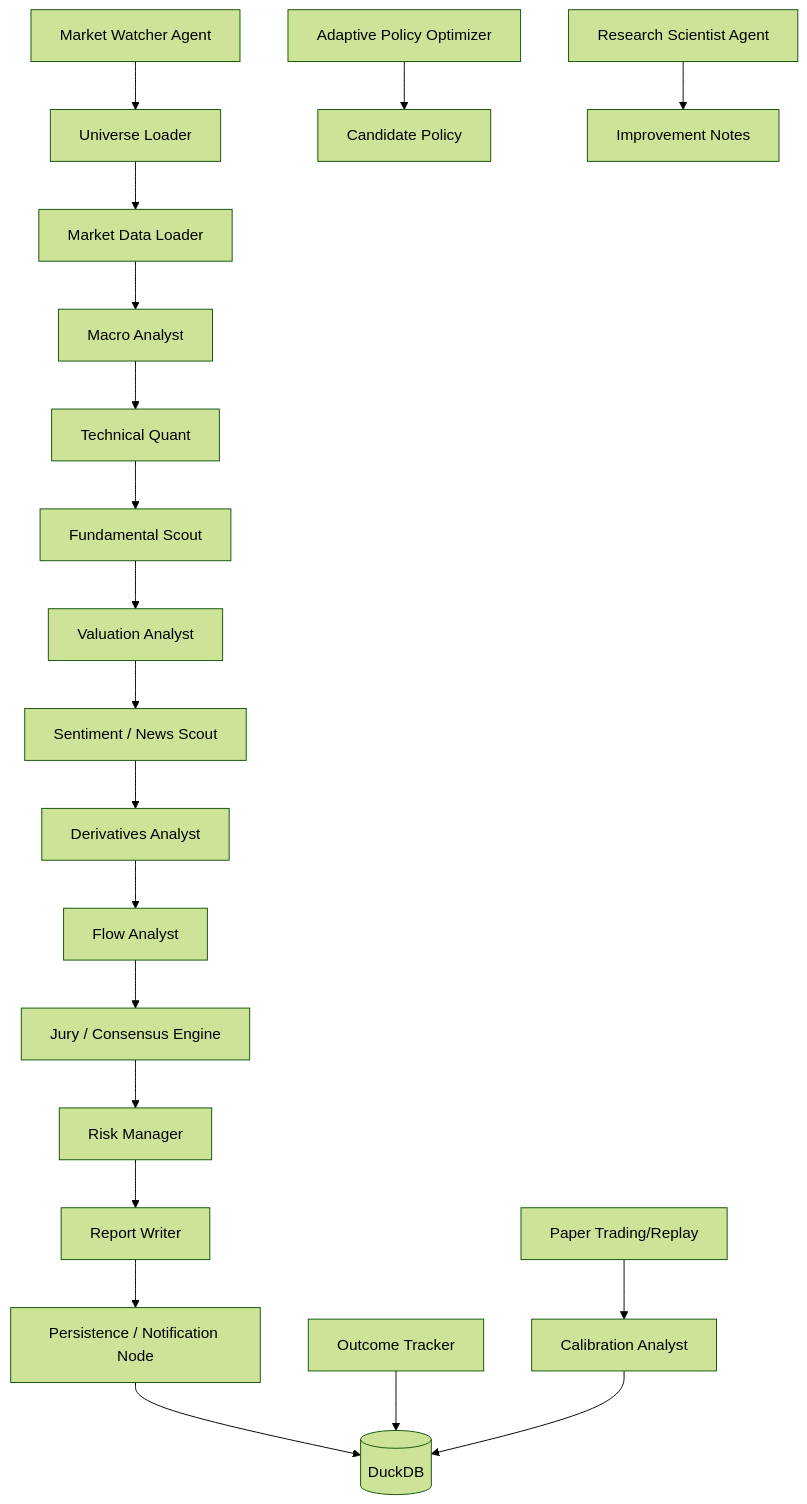
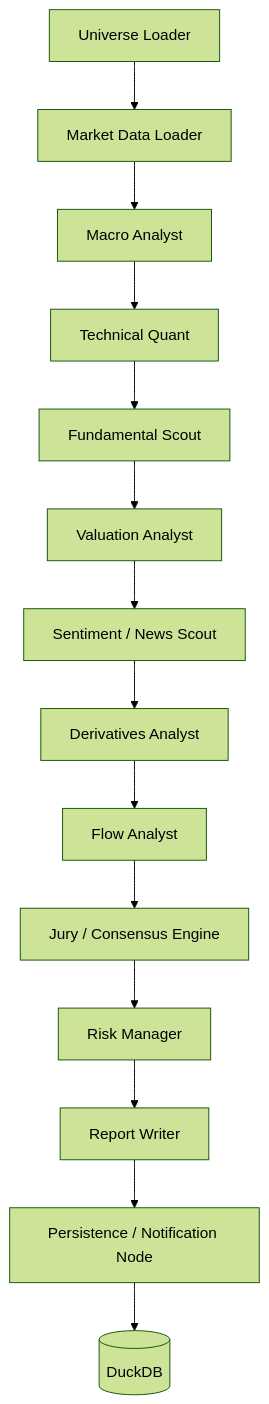
Before and after one commit to ruturaj-vestd/trdtest: the diagram in research_nifty/README.md, drawn with Mermaid (forest theme). The commit also changed other lines of this file and 3 other files, not shown here.

````diff
--- a/research_nifty/README.md
+++ b/research_nifty/README.md
@@ -16,23 +15,16 @@
 ```mermaid
 flowchart TD
     A[Universe Loader] --> B[Market Data Loader]
     B --> C[Macro Analyst]
     C --> D[Technical Quant]
     D --> E[Fundamental Scout]
     E --> F[Valuation Analyst]
     F --> G[Sentiment / News Scout]
     G --> H[Derivatives Analyst]
     H --> I[Flow Analyst]
     I --> J[Jury / Consensus Engine]
     J --> K[Risk Manager]
     K --> L[Report Writer]
     L --> M[Persistence / Notification Node]
-
     M --> N[(DuckDB)]
-    O[Market Watcher Agent] --> A
-    P[Outcome Tracker] --> N
-    Q[Calibration Analyst] --> N
-    R[Adaptive Policy Optimizer] --> S[Candidate Policy]
-    T[Research Scientist Agent] --> U[Improvement Notes]
-    V[Paper Trading/Replay] --> Q
 ```
````
